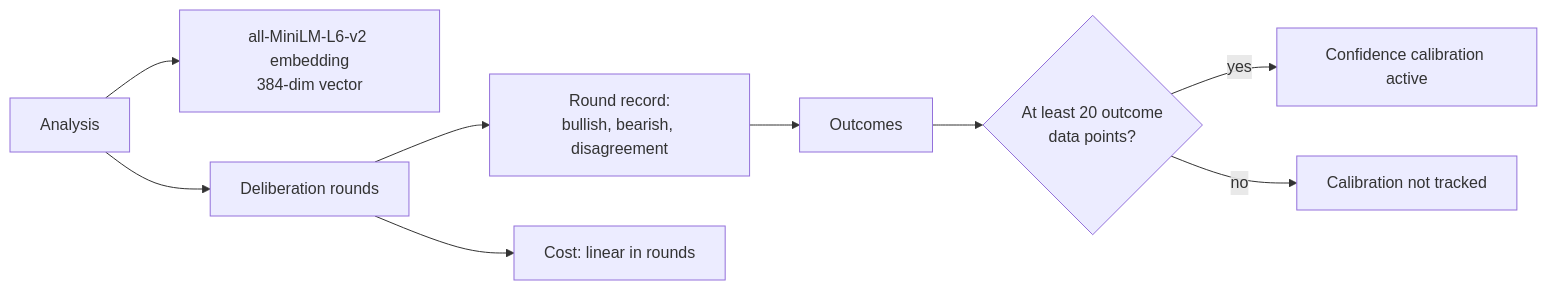
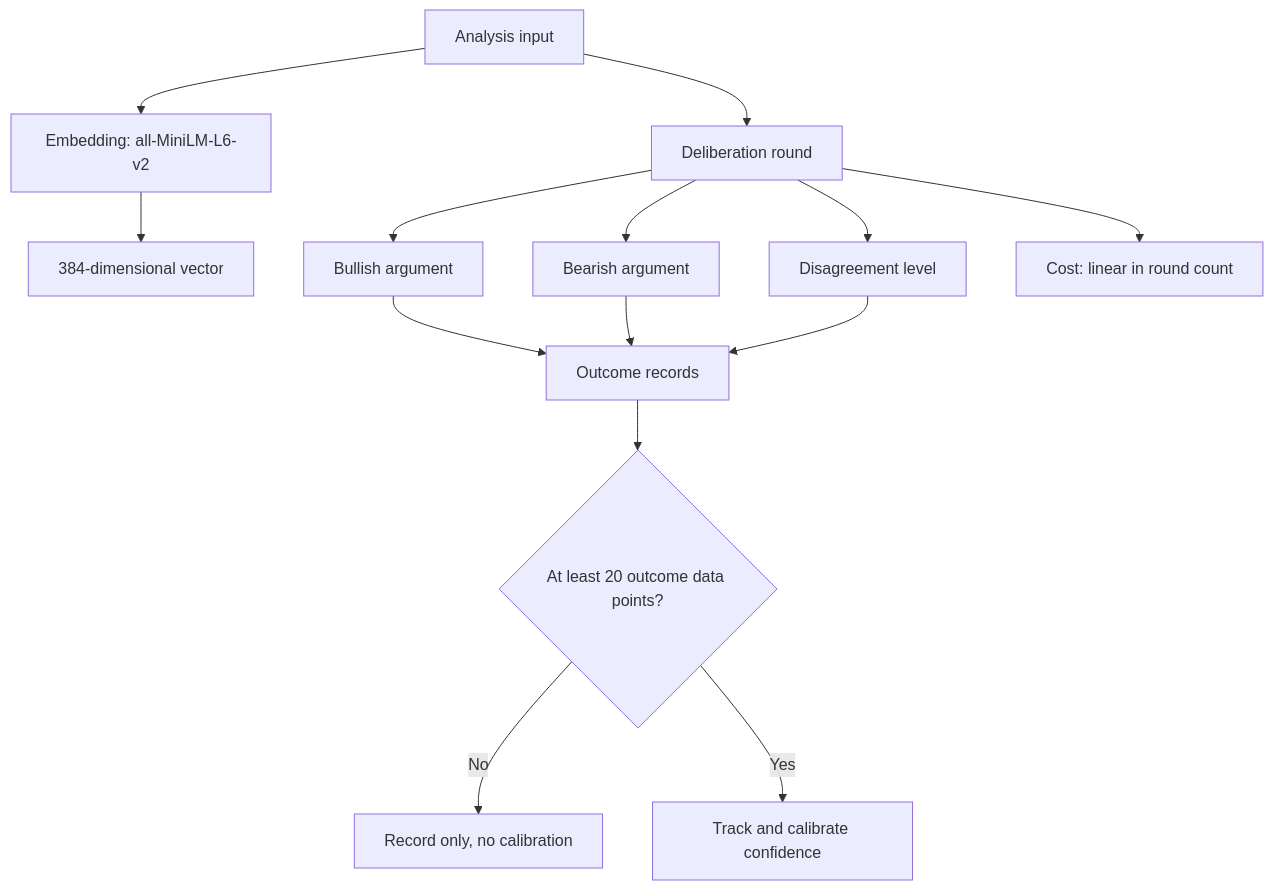
One commit to hybridindie/wiki-fabric changed the diagram in wiki/topics/embedding-models-and-data-models.md. Above: the diagram before and after it, drawn with Mermaid. The commit also changed other lines of this file and 43 other files, not shown here.

````diff
--- a/wiki/topics/embedding-models-and-data-models.md
+++ b/wiki/topics/embedding-models-and-data-models.md
@@ -32,11 +28,16 @@
 ```mermaid
-flowchart LR
-    A[Analysis] --> B[all-MiniLM-L6-v2 embedding<br/>384-dim vector]
-    A --> C[Deliberation rounds]
-    C --> D[Round record:<br/>bullish, bearish, disagreement]
-    C --> E[Cost: linear in rounds]
-    D --> F[Outcomes]
-    F --> G{At least 20 outcome<br/>data points?}
-    G -- yes --> H[Confidence calibration active]
-    G -- no --> I[Calibration not tracked]
+flowchart TD
+    A[Analysis input] --> B[Embedding: all-MiniLM-L6-v2]
+    B --> C[384-dimensional vector]
+    A --> D[Deliberation round]
+    D --> E[Bullish argument]
+    D --> F[Bearish argument]
+    D --> G[Disagreement level]
+    E --> H[Outcome records]
+    F --> H
+    G --> H
+    H --> I{At least 20 outcome data points?}
+    I -- No --> J[Record only, no calibration]
+    I -- Yes --> K[Track and calibrate confidence]
+    D --> L[Cost: linear in round count]
 ```
````
